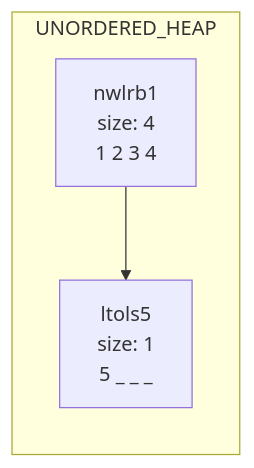
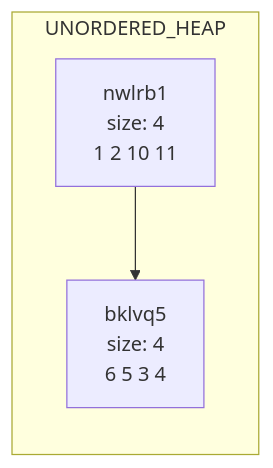
One commit to kjain1810/B-Trees changed the second of 2 diagrams in data/chart.md. Above: the diagram before and after it, drawn with Mermaid. The commit also changed other lines of this file and 2 other files, not shown here.

````diff
--- a/data/chart.md
+++ b/data/chart.md
@@ -11,8 +19,8 @@
 ```mermaid
 graph LR
 subgraph UNORDERED_HEAP
-nwlrb1[nwlrb1<br/>size: 4<br/>1 2 3 4 ]
-ltols5[ltols5<br/>size: 1<br/>5 _ _ _ ]
-nwlrb1-->ltols5
+nwlrb1[nwlrb1<br/>size: 4<br/>1 2 10 11 ]
+bklvq5[bklvq5<br/>size: 4<br/>6 5 3 4 ]
+nwlrb1-->bklvq5
 end
 ```
````
